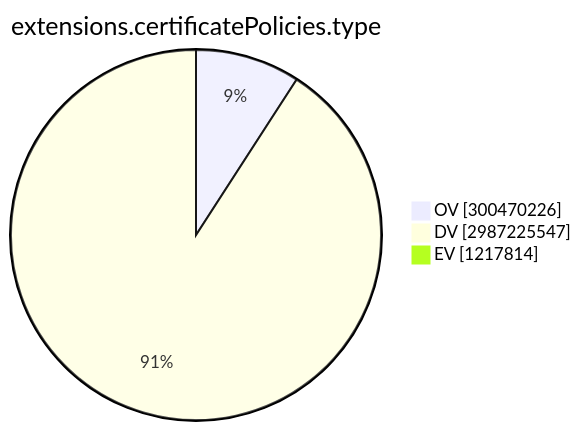
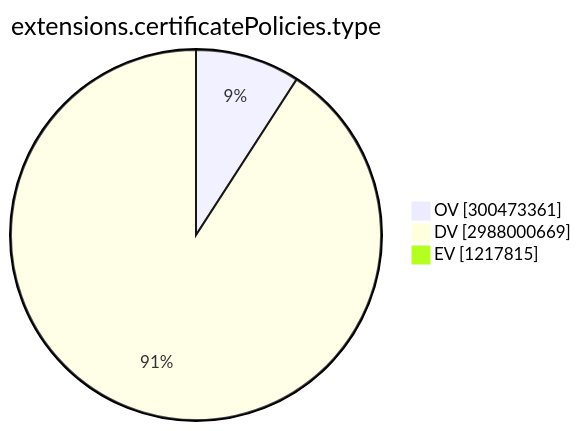
One commit to christiankrug/ctmonitor_visualization changed the ninth of 15 diagrams in TOTAL/README.md. Above: the diagram before and after it, drawn with Mermaid. The commit also changed other lines of this file, not shown here.

````diff
--- a/TOTAL/README.md
+++ b/TOTAL/README.md
@@ -3102,7 +3102,7 @@
 ```mermaid
 pie showData
 title extensions.certificatePolicies.type
-"OV" :300470226
-"DV" :2987225547
-"EV" :1217814
+"OV" :300473361
+"DV" :2988000669
+"EV" :1217815
 ```
````
